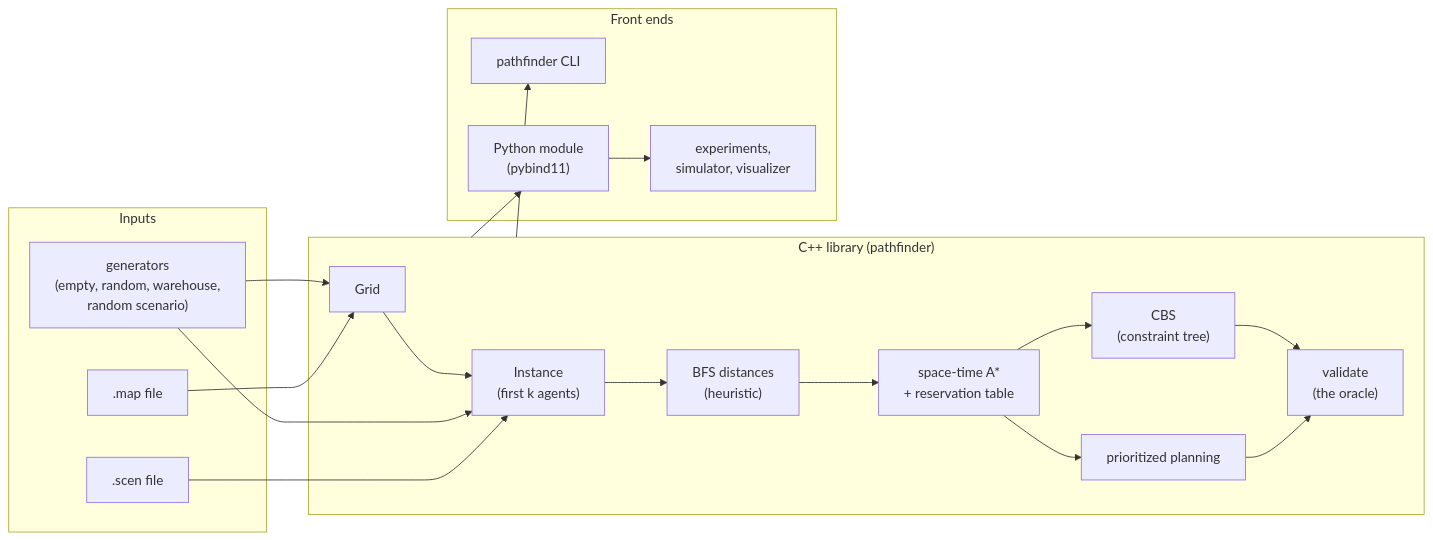
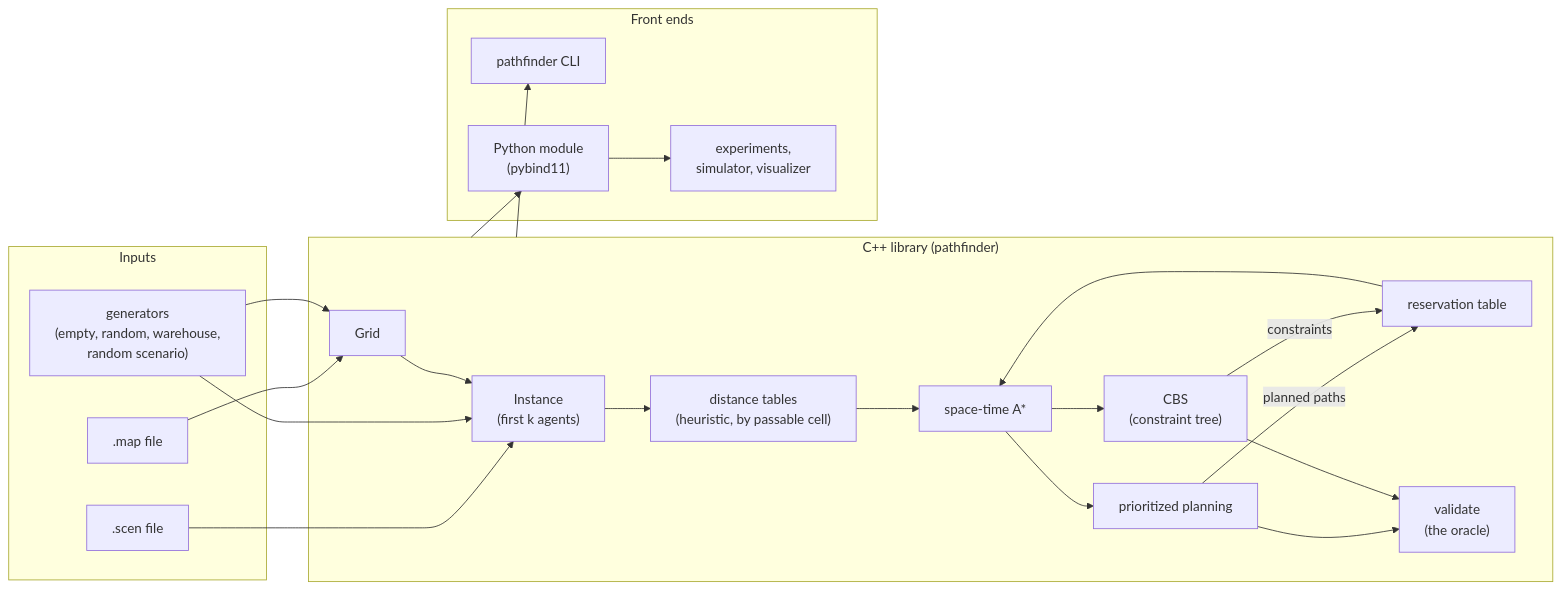
Before and after one commit to vivekdavara/pathfinder: the diagram in DESIGN.md, drawn with Mermaid. The commit also changed other lines of this file and 2 other files, not shown here.

````diff
--- a/DESIGN.md
+++ b/DESIGN.md
@@ -220,34 +247,38 @@
 ```mermaid
 flowchart LR
   subgraph files["Inputs"]
     MAP[".map file"]
     SCEN[".scen file"]
     GEN["generators<br/>(empty, random, warehouse,<br/>random scenario)"]
   end
   subgraph core["C++ library (pathfinder)"]
     GRID["Grid"]
     INST["Instance<br/>(first k agents)"]
-    H["BFS distances<br/>(heuristic)"]
-    STA["space-time A*<br/>+ reservation table"]
+    H["distance tables<br/>(heuristic, by passable cell)"]
+    RES["reservation table"]
+    STA["space-time A*"]
     PP["prioritized planning"]
     CBS["CBS<br/>(constraint tree)"]
     VAL["validate<br/>(the oracle)"]
   end
   subgraph outside["Front ends"]
     CLI["pathfinder CLI"]
     PY["Python module<br/>(pybind11)"]
     EXP["experiments,<br/>simulator, visualizer"]
   end
   MAP --> GRID
   GEN --> GRID
   SCEN --> INST
   GEN --> INST
   GRID --> INST
   INST --> H --> STA
+  RES --> STA
   STA --> PP
   STA --> CBS
+  PP -- "planned paths" --> RES
+  CBS -- "constraints" --> RES
   PP --> VAL
   CBS --> VAL
   core --> CLI
   core --> PY --> EXP
 ```
````
